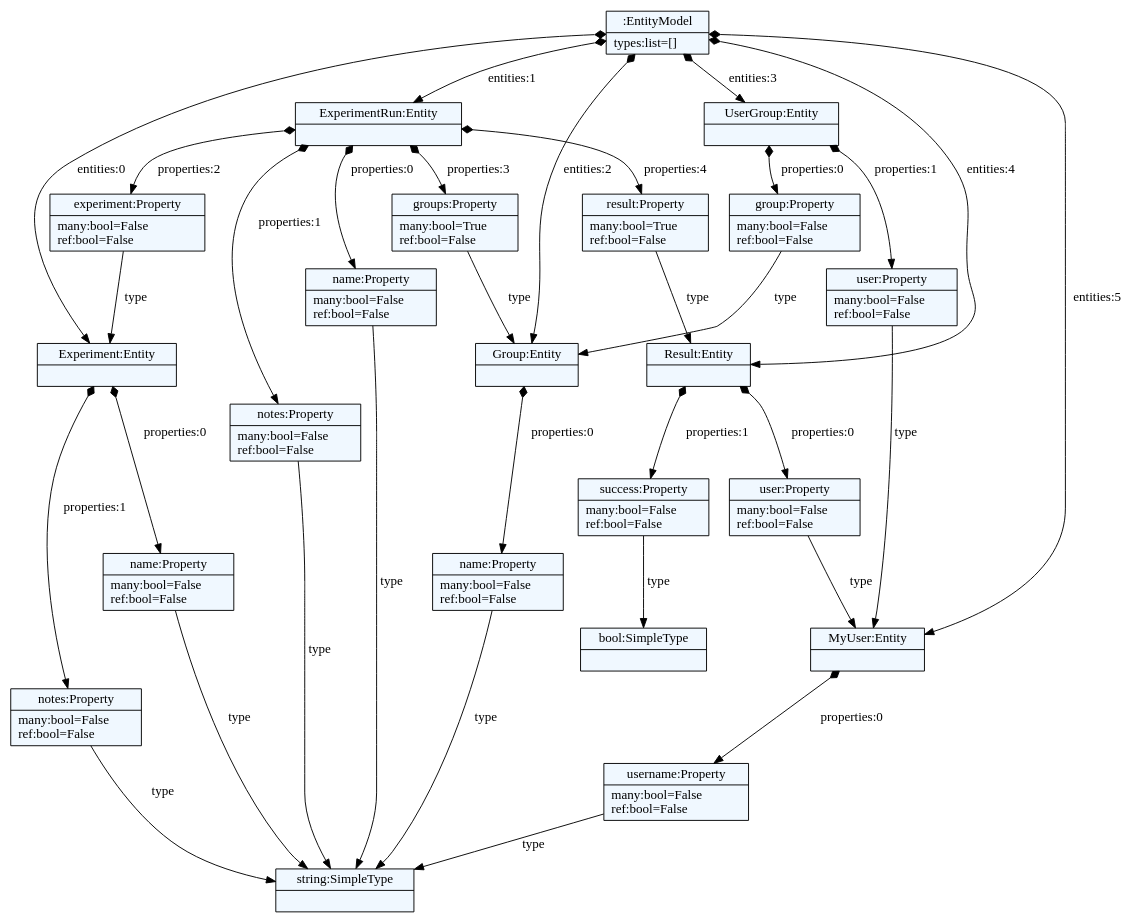
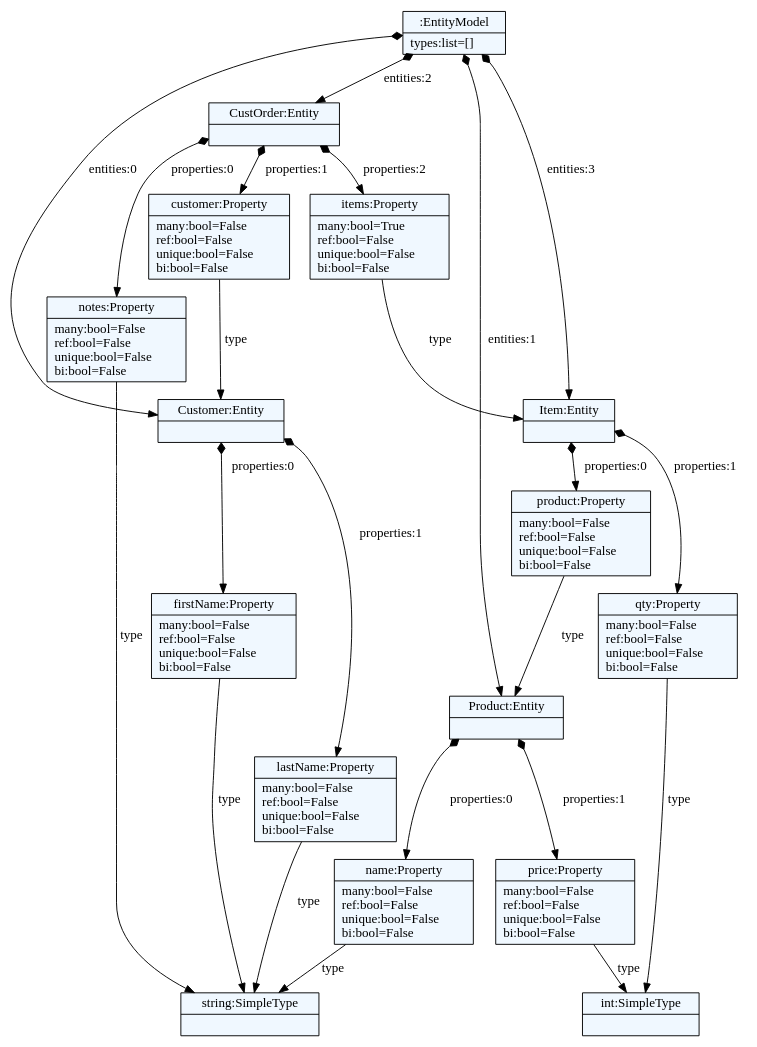
Before and after one commit to odnodn/textgen: the diagram in pygen/dotexport/person.dot, drawn with Graphviz. The commit also changed 32 other files, not shown here.

```diff
--- a/pygen/dotexport/person.dot
+++ b/pygen/dotexport/person.dot
@@ -1,69 +1,53 @@
 
     digraph xtext {
     fontname = "Bitstream Vera Sans"
     fontsize = 8
     node[
         shape=record,
         style=filled,
         fillcolor=aliceblue
     ]
     nodesep = 0.3
     edge[dir=black,arrowtail=empty]
 
 
-43548912 -> 43725432 [label="entities:0" arrowtail=diamond dir=both]
-43725432 -> 43815656 [label="properties:0" arrowtail=diamond dir=both]
-43815656 -> 42509536 [label="type" ]
-42509536[label="{string:SimpleType|}"]
-43815656[label="{name:Property|many:bool=False\lref:bool=False\l}"]
-43725432 -> 43815824 [label="properties:1" arrowtail=diamond dir=both]
-43815824 -> 42509536 [label="type" ]
-43815824[label="{notes:Property|many:bool=False\lref:bool=False\l}"]
-43725432[label="{Experiment:Entity|}"]
-43548912 -> 43770656 [label="entities:1" arrowtail=diamond dir=both]
-43770656 -> 43815936 [label="properties:0" arrowtail=diamond dir=both]
-43815936 -> 42509536 [label="type" ]
-43815936[label="{name:Property|many:bool=False\lref:bool=False\l}"]
-43770656 -> 43817336 [label="properties:1" arrowtail=diamond dir=both]
-43817336 -> 42509536 [label="type" ]
-43817336[label="{notes:Property|many:bool=False\lref:bool=False\l}"]
-43770656 -> 43815992 [label="properties:2" arrowtail=diamond dir=both]
-43815992 -> 43725432 [label="type" ]
-43815992[label="{experiment:Property|many:bool=False\lref:bool=False\l}"]
-43770656 -> 43815432 [label="properties:3" arrowtail=diamond dir=both]
-43815432 -> 43815600 [label="type" ]
-43815600 -> 46011728 [label="properties:0" arrowtail=diamond dir=both]
-46011728 -> 42509536 [label="type" ]
-46011728[label="{name:Property|many:bool=False\lref:bool=False\l}"]
-43815600[label="{Group:Entity|}"]
-43815432[label="{groups:Property|many:bool=True\lref:bool=False\l}"]
-43770656 -> 46011672 [label="properties:4" arrowtail=diamond dir=both]
-46011672 -> 46011840 [label="type" ]
-46011840 -> 46012176 [label="properties:0" arrowtail=diamond dir=both]
-46012176 -> 46012008 [label="type" ]
-46012008 -> 46012456 [label="properties:0" arrowtail=diamond dir=both]
-46012456 -> 42509536 [label="type" ]
-46012456[label="{username:Property|many:bool=False\lref:bool=False\l}"]
-46012008[label="{MyUser:Entity|}"]
-46012176[label="{user:Property|many:bool=False\lref:bool=False\l}"]
-46011840 -> 46012400 [label="properties:1" arrowtail=diamond dir=both]
-46012400 -> 42511272 [label="type" ]
-42511272[label="{bool:SimpleType|}"]
-46012400[label="{success:Property|many:bool=False\lref:bool=False\l}"]
-46011840[label="{Result:Entity|}"]
-46011672[label="{result:Property|many:bool=True\lref:bool=False\l}"]
-43770656[label="{ExperimentRun:Entity|}"]
-43548912 -> 43815600 [label="entities:2" arrowtail=diamond dir=both]
-43548912 -> 43815880 [label="entities:3" arrowtail=diamond dir=both]
-43815880 -> 46011952 [label="properties:0" arrowtail=diamond dir=both]
-46011952 -> 43815600 [label="type" ]
-46011952[label="{group:Property|many:bool=False\lref:bool=False\l}"]
-43815880 -> 46012120 [label="properties:1" arrowtail=diamond dir=both]
-46012120 -> 46012008 [label="type" ]
-46012120[label="{user:Property|many:bool=False\lref:bool=False\l}"]
-43815880[label="{UserGroup:Entity|}"]
-43548912 -> 46011840 [label="entities:4" arrowtail=diamond dir=both]
-43548912 -> 46012008 [label="entities:5" arrowtail=diamond dir=both]
-43548912[label="{:EntityModel|types:list=[]\l}"]
+44050528 -> 44133064 [label="entities:0" arrowtail=diamond dir=both]
+44133064 -> 44297912 [label="properties:0" arrowtail=diamond dir=both]
+44297912 -> 43439048 [label="type" ]
+43439048[label="{string:SimpleType|}"]
+44297912[label="{firstName:Property|many:bool=False\lref:bool=False\lunique:bool=False\lbi:bool=False\l}"]
+44133064 -> 44314696 [label="properties:1" arrowtail=diamond dir=both]
+44314696 -> 43439048 [label="type" ]
+44314696[label="{lastName:Property|many:bool=False\lref:bool=False\lunique:bool=False\lbi:bool=False\l}"]
+44133064[label="{Customer:Entity|}"]
+44050528 -> 44132840 [label="entities:1" arrowtail=diamond dir=both]
+44132840 -> 44365024 [label="properties:0" arrowtail=diamond dir=both]
+44365024 -> 43439048 [label="type" ]
+44365024[label="{name:Property|many:bool=False\lref:bool=False\lunique:bool=False\lbi:bool=False\l}"]
+44132840 -> 44364688 [label="properties:1" arrowtail=diamond dir=both]
+44364688 -> 43439104 [label="type" ]
+43439104[label="{int:SimpleType|}"]
+44364688[label="{price:Property|many:bool=False\lref:bool=False\lunique:bool=False\lbi:bool=False\l}"]
+44132840[label="{Product:Entity|}"]
+44050528 -> 44298080 [label="entities:2" arrowtail=diamond dir=both]
+44298080 -> 44342240 [label="properties:0" arrowtail=diamond dir=both]
+44342240 -> 43439048 [label="type" ]
+44342240[label="{notes:Property|many:bool=False\lref:bool=False\lunique:bool=False\lbi:bool=False\l}"]
+44298080 -> 44342856 [label="properties:1" arrowtail=diamond dir=both]
+44342856 -> 44133064 [label="type" ]
+44342856[label="{customer:Property|many:bool=False\lref:bool=False\lunique:bool=False\lbi:bool=False\l}"]
+44298080 -> 44342184 [label="properties:2" arrowtail=diamond dir=both]
+44342184 -> 44364744 [label="type" ]
+44364744 -> 44342352 [label="properties:0" arrowtail=diamond dir=both]
+44342352 -> 44132840 [label="type" ]
+44342352[label="{product:Property|many:bool=False\lref:bool=False\lunique:bool=False\lbi:bool=False\l}"]
+44364744 -> 44342520 [label="properties:1" arrowtail=diamond dir=both]
+44342520 -> 43439104 [label="type" ]
+44342520[label="{qty:Property|many:bool=False\lref:bool=False\lunique:bool=False\lbi:bool=False\l}"]
+44364744[label="{Item:Entity|}"]
+44342184[label="{items:Property|many:bool=True\lref:bool=False\lunique:bool=False\lbi:bool=False\l}"]
+44298080[label="{CustOrder:Entity|}"]
+44050528 -> 44364744 [label="entities:3" arrowtail=diamond dir=both]
+44050528[label="{:EntityModel|types:list=[]\l}"]
 
 }
```
